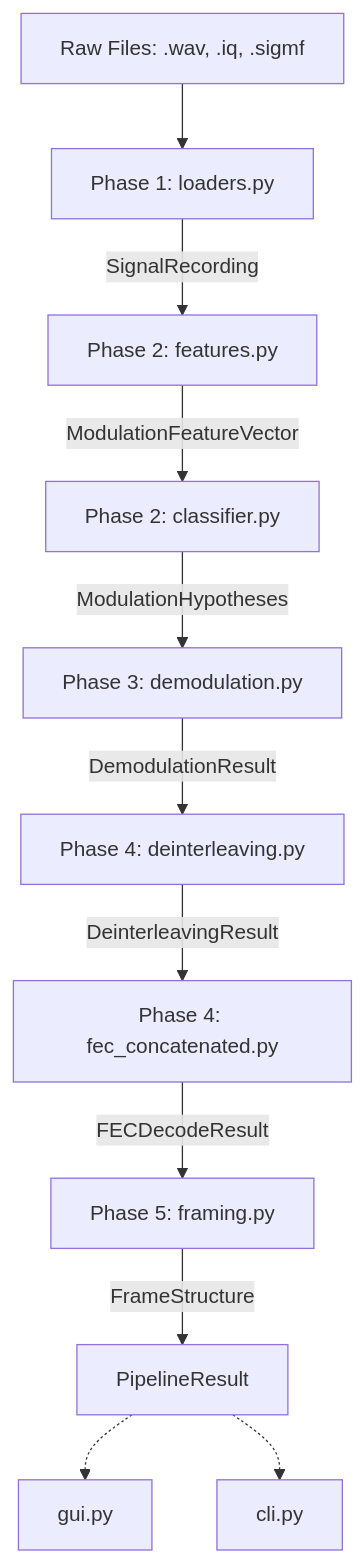
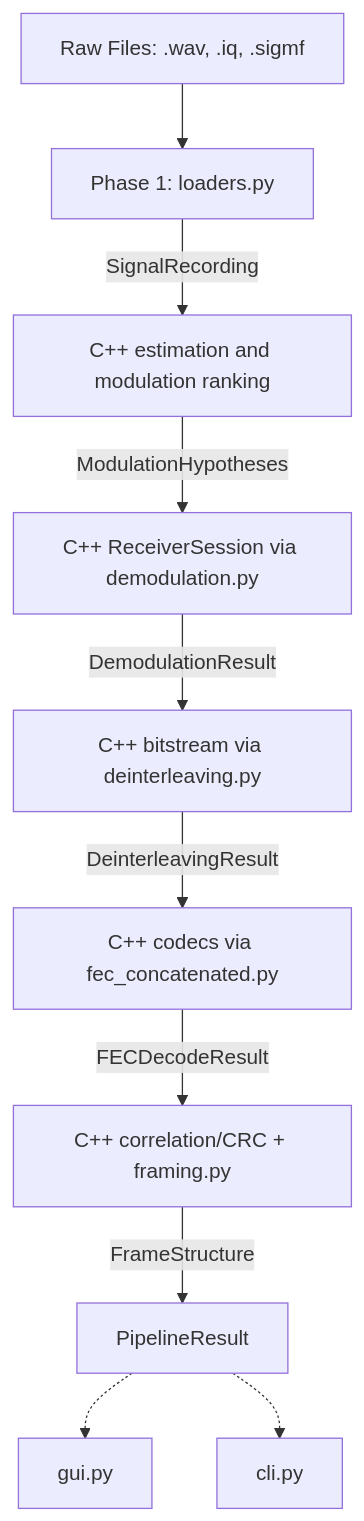
One commit to arachknight66/SIH26147 changed the diagram in ARCHITECTURE.md. Above: the diagram before and after it, drawn with Mermaid. The commit also changed other lines of this file and 85 other files, not shown here.

````diff
--- a/ARCHITECTURE.md
+++ b/ARCHITECTURE.md
@@ -36,14 +54,13 @@
 ```mermaid
 flowchart TD
     Disk[Raw Files: .wav, .iq, .sigmf] --> Loader[Phase 1: loaders.py]
-    Loader -->|SignalRecording| Features[Phase 2: features.py]
-    Features -->|ModulationFeatureVector| Classifier[Phase 2: classifier.py]
-    Classifier -->|ModulationHypotheses| Sync[Phase 3: demodulation.py]
-    Sync -->|DemodulationResult| Deint[Phase 4: deinterleaving.py]
-    Deint -->|DeinterleavingResult| FEC[Phase 4: fec_concatenated.py]
-    FEC -->|FECDecodeResult| Framing[Phase 5: framing.py]
+    Loader -->|SignalRecording| Estimation[C++ estimation and modulation ranking]
+    Estimation -->|ModulationHypotheses| Sync[C++ ReceiverSession via demodulation.py]
+    Sync -->|DemodulationResult| Deint[C++ bitstream via deinterleaving.py]
+    Deint -->|DeinterleavingResult| FEC[C++ codecs via fec_concatenated.py]
+    FEC -->|FECDecodeResult| Framing[C++ correlation/CRC + framing.py]
     Framing -->|FrameStructure| Final[PipelineResult]
     
     Final -.-> GUI[gui.py]
     Final -.-> CLI[cli.py]
 ```
````
